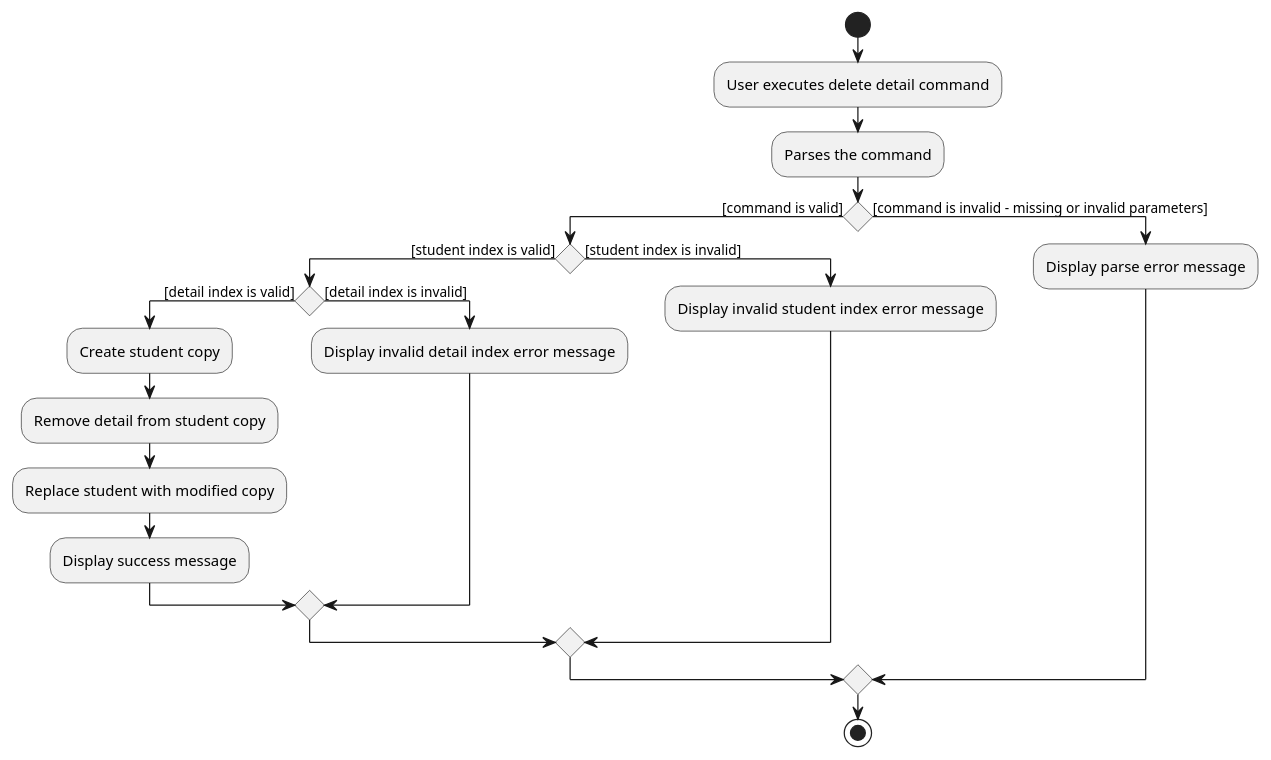
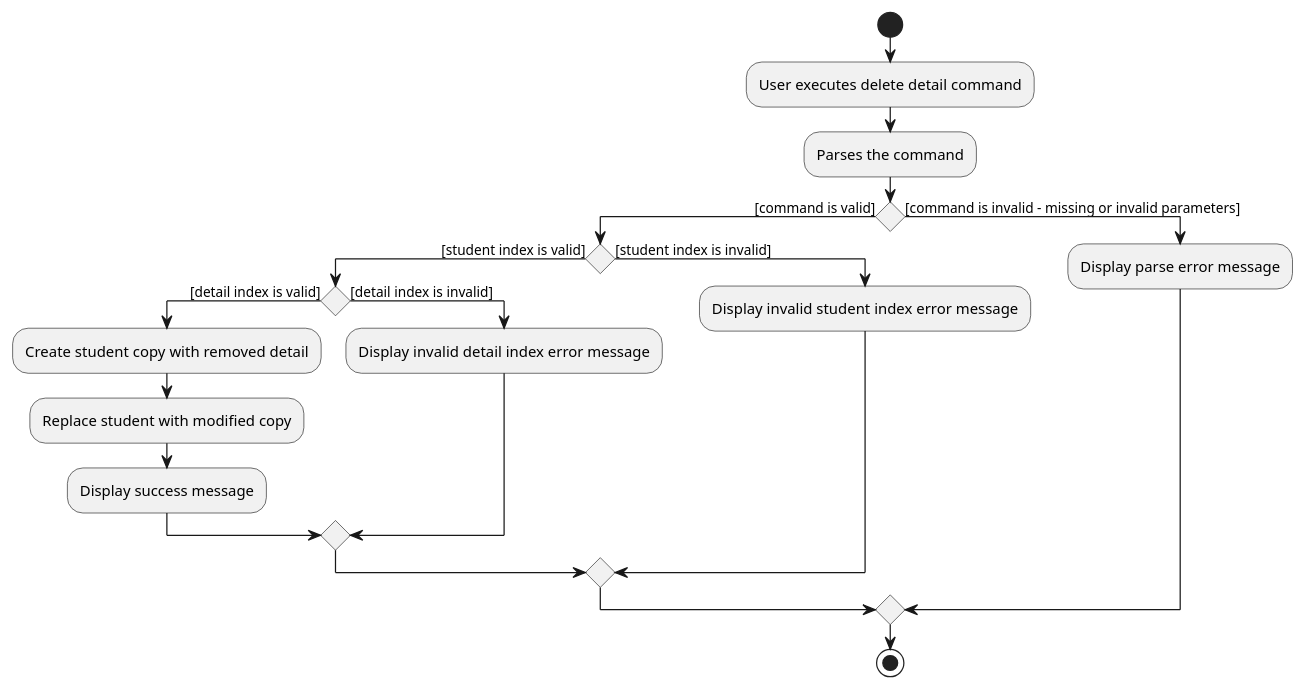
The diagram in docs/diagrams/DeleteDetailActivityDiagram.puml (nus-cs2103-AY2021S1/tp), drawn with PlantUML before and after one commit. The commit also changed 12 other files, not shown here.

Commit message:
Add and edit detail diagrams

```diff
--- a/docs/diagrams/DeleteDetailActivityDiagram.puml
+++ b/docs/diagrams/DeleteDetailActivityDiagram.puml
@@ -1,22 +1,21 @@
 @startuml
 start
 :User executes delete detail command;
 :Parses the command;
 if() then([command is valid])
     if() then([student index is valid])
         if() then([detail index is valid])
-            :Create student copy;
-            :Remove detail from student copy;
+            :Create student copy with removed detail;
             :Replace student with modified copy;
             :Display success message;
         else([detail index is invalid])
             :Display invalid detail index error message;
         endif
     else([student index is invalid])
         :Display invalid student index error message;
     endif
 else ([command is invalid - missing or invalid parameters])
     :Display parse error message;
 endif
 stop
 @enduml
```
